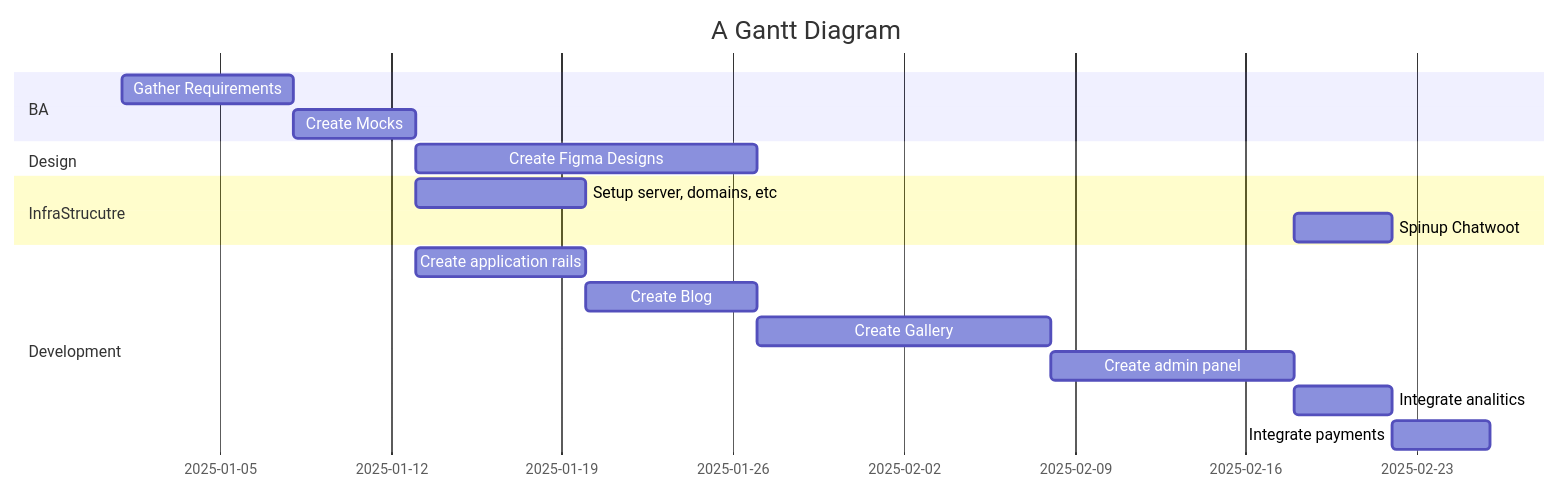
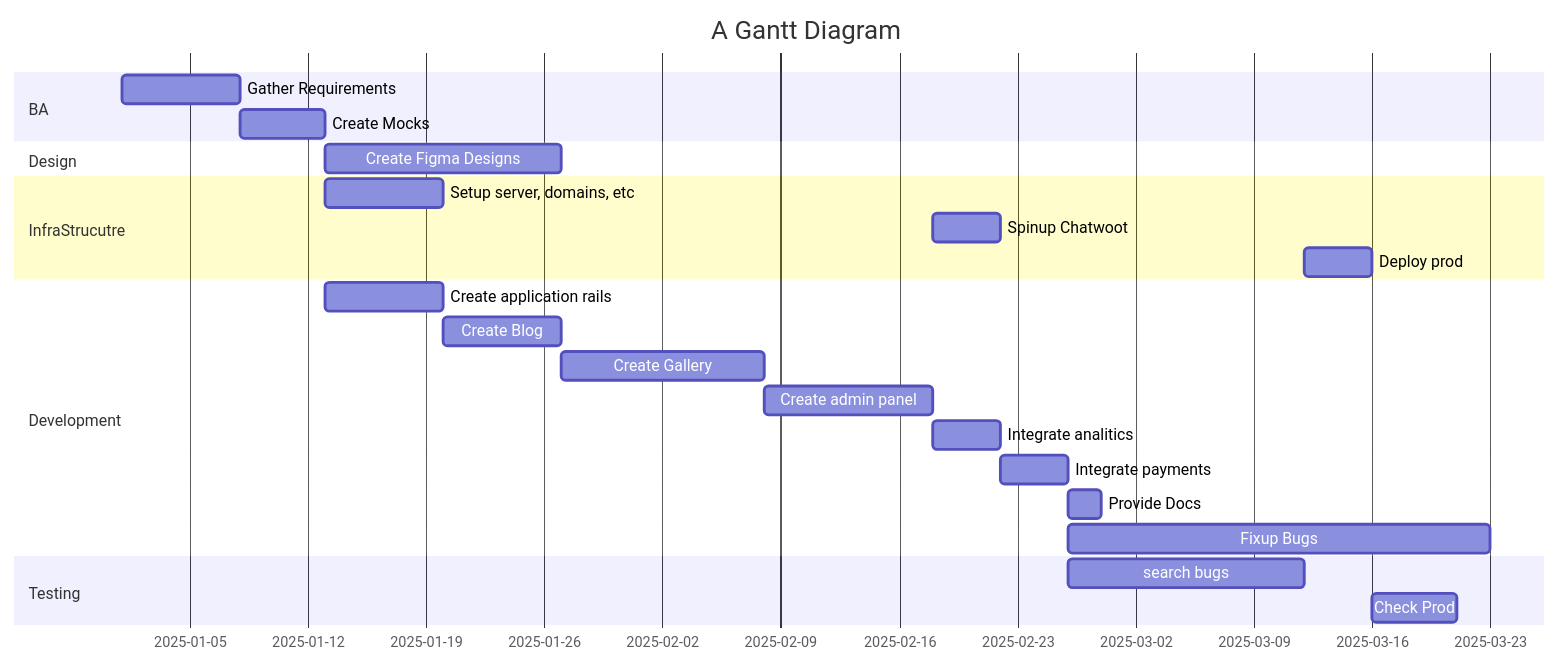
One commit to nosovk/flowershow changed the diagram in content/NA/Sales/girls.md. Above: the diagram before and after it, drawn with Mermaid.

Commit message:
Update content content/NA/Sales/girls.md

````diff
--- a/content/NA/Sales/girls.md
+++ b/content/NA/Sales/girls.md
@@ -53,20 +53,27 @@
 ```mermaid
 gantt
     title A Gantt Diagram
     dateFormat YYYY-MM-DD
     section BA
         Gather Requirements :ba1, 2025-01-01, 7d
         Create Mocks        :ba2, after ba1, 5d
     section Design
 		Create Figma Designs :d1, after ba2, 14d 
 	section InfraStrucutre
 		Setup server, domains, etc: i1, after ba2, 7d
 		Spinup Chatwoot: i2, after dev4, 4d
+		Deploy prod: i3, after qa1, 4d
 	section Development
 		Create application rails: dev1, after ba2, 7d
 		Create Blog: dev2, after dev1, 7d
 		Create Gallery: dev3, after dev2, 12d
 		Create admin panel: dev4, after dev3, 10d
 		Integrate analitics: dev5, after dev4, 4d
 		Integrate payments: dev6, after dev5, 4d 
+		Provide Docs: dev7, after dev6, 2d
+		Fixup Bugs: dev8, after dev6, 25d
+	section Testing
+	    search bugs: qa1, after dev6, 14d
+	    Check Prod: qa2, after i3, 5d
+		
 ```
````
